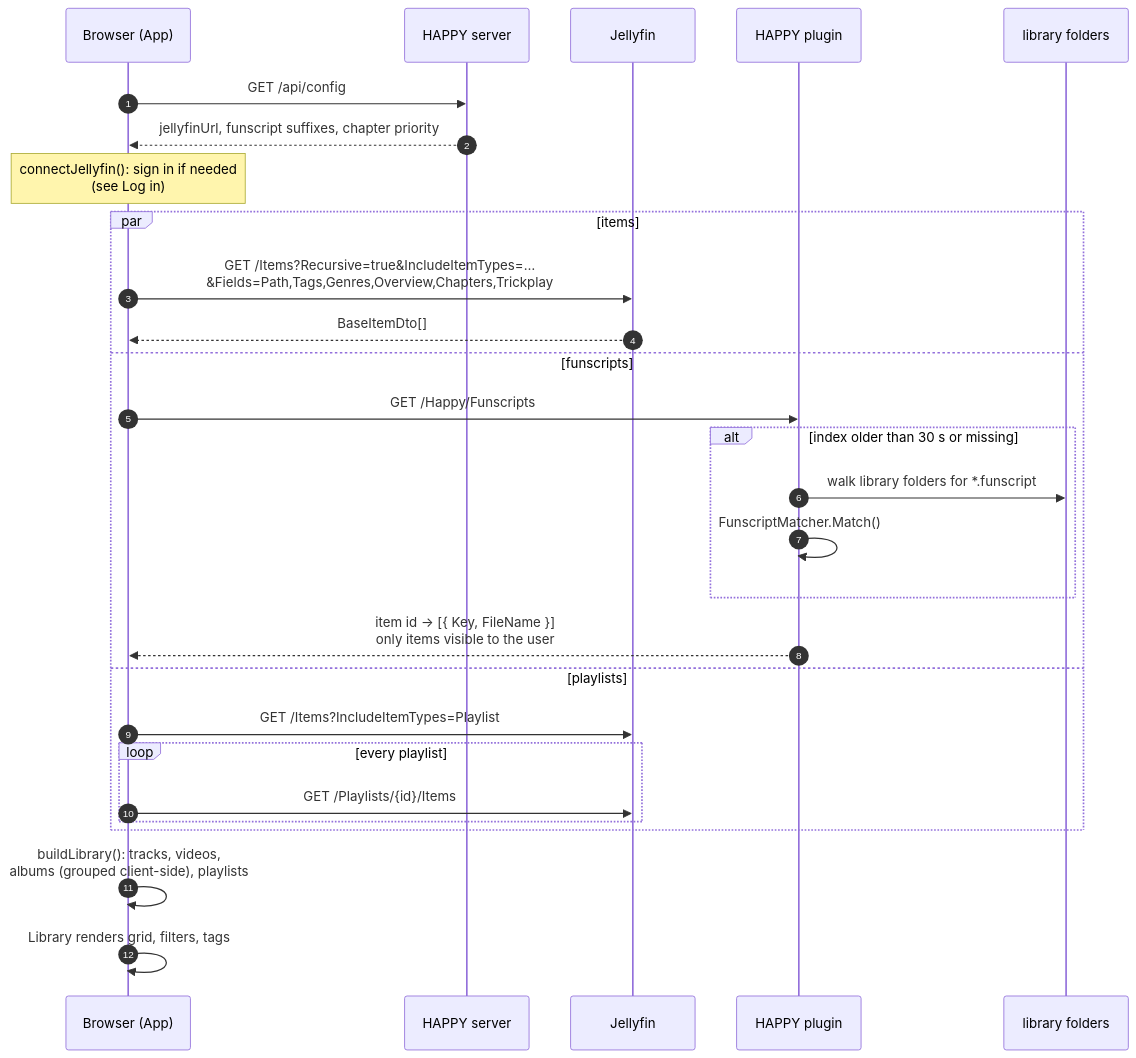
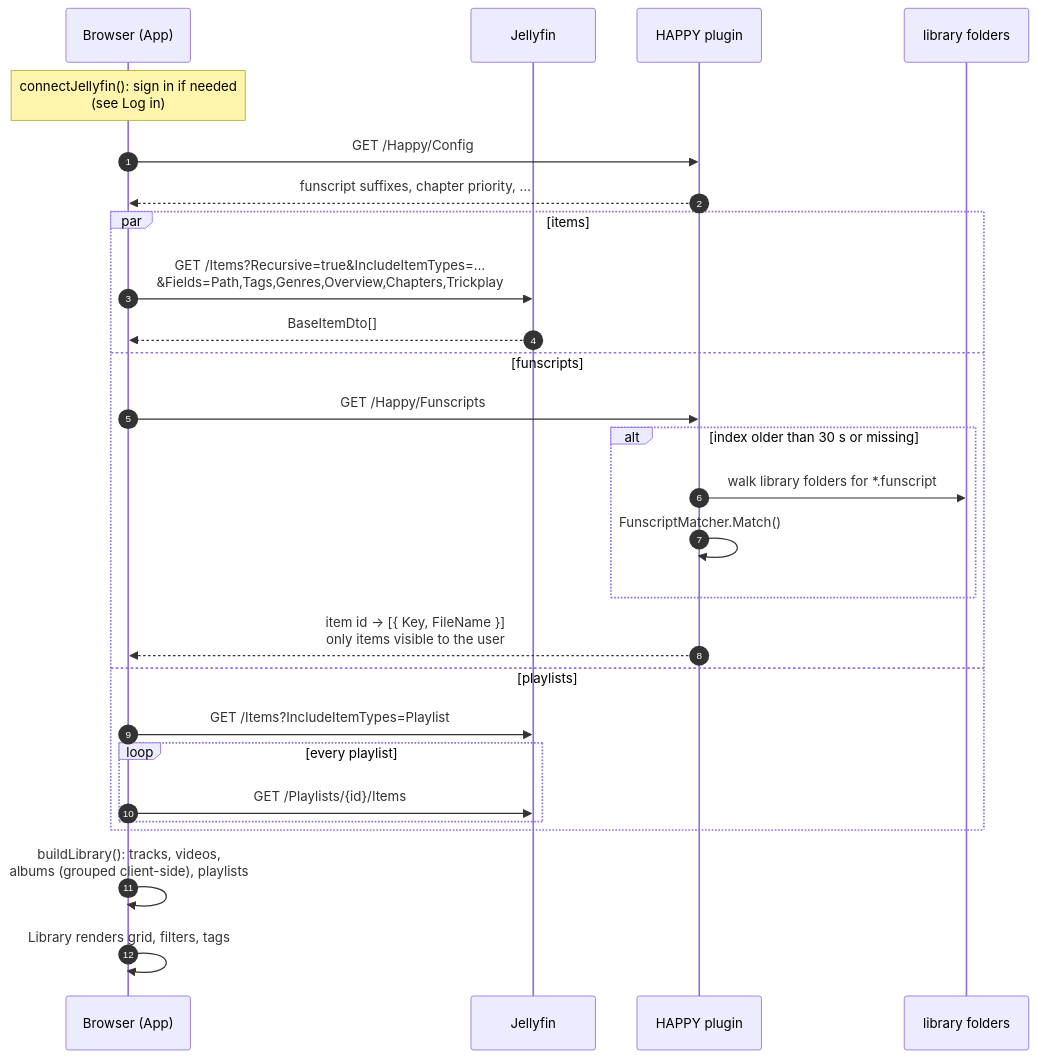
One commit to lumbar-spine-support/docker-haptic-player changed the first of 2 diagrams in docs/developer/use-cases/library-load.md. Above: the diagram before and after it, drawn with Mermaid. The commit also changed other lines of this file and 54 other files, not shown here.

First line of the commit message:
feat!: remove the HAPPY Node server

````diff
--- a/docs/developer/use-cases/library-load.md
+++ b/docs/developer/use-cases/library-load.md
@@ -11,31 +11,30 @@
 ```mermaid
 sequenceDiagram
   autonumber
   participant B as Browser (App)
-  participant H as HAPPY server
   participant J as Jellyfin
   participant P as HAPPY plugin
   participant F as library folders
 
-  B->>H: GET /api/config
-  H-->>B: jellyfinUrl, funscript suffixes, chapter priority
   Note over B: connectJellyfin(): sign in if needed<br/>(see Log in)
+  B->>P: GET /Happy/Config
+  P-->>B: funscript suffixes, chapter priority, …
   par items
     B->>J: GET /Items?Recursive=true&IncludeItemTypes=…<br/>&Fields=Path,Tags,Genres,Overview,Chapters,Trickplay
     J-->>B: BaseItemDto[]
   and funscripts
     B->>P: GET /Happy/Funscripts
     alt index older than 30 s or missing
       P->>F: walk library folders for *.funscript
       P->>P: FunscriptMatcher.Match()
     end
     P-->>B: item id → [{ Key, FileName }]<br/>only items visible to the user
   and playlists
     B->>J: GET /Items?IncludeItemTypes=Playlist
     loop every playlist
       B->>J: GET /Playlists/{id}/Items
     end
   end
   B->>B: buildLibrary(): tracks, videos,<br/>albums (grouped client-side), playlists
   B->>B: Library renders grid, filters, tags
 ```
````
